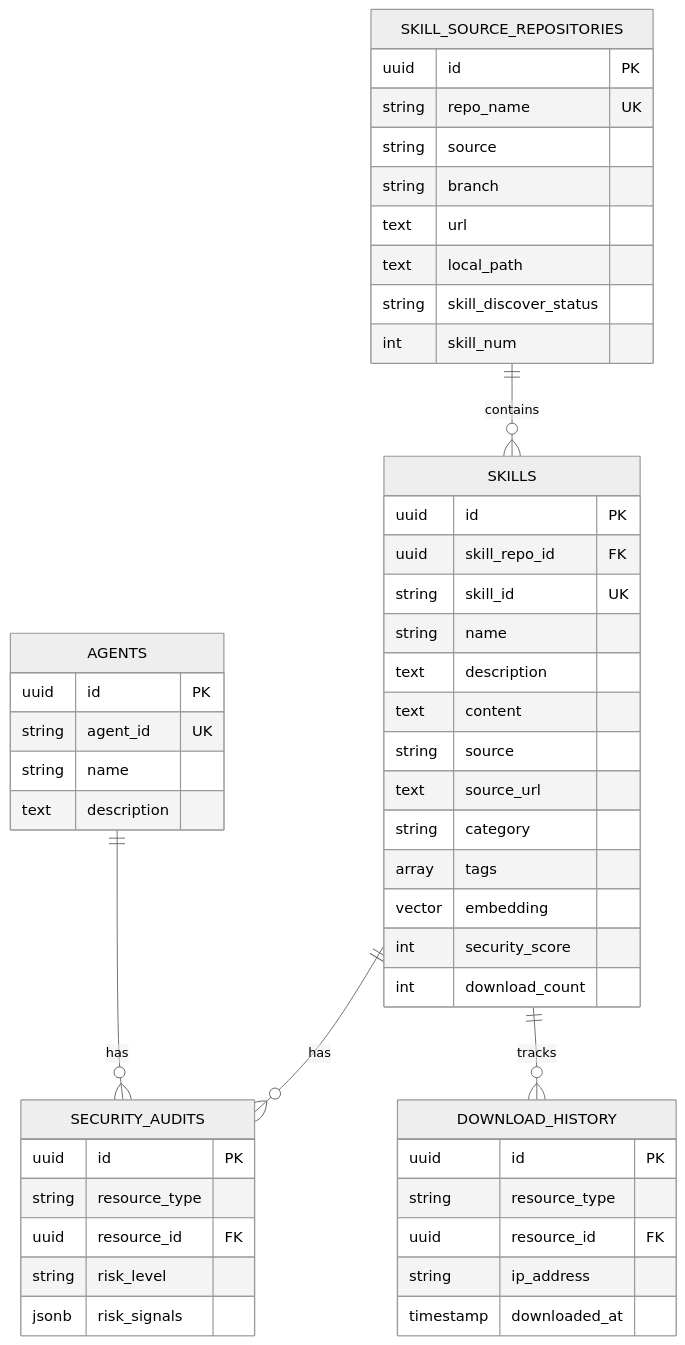
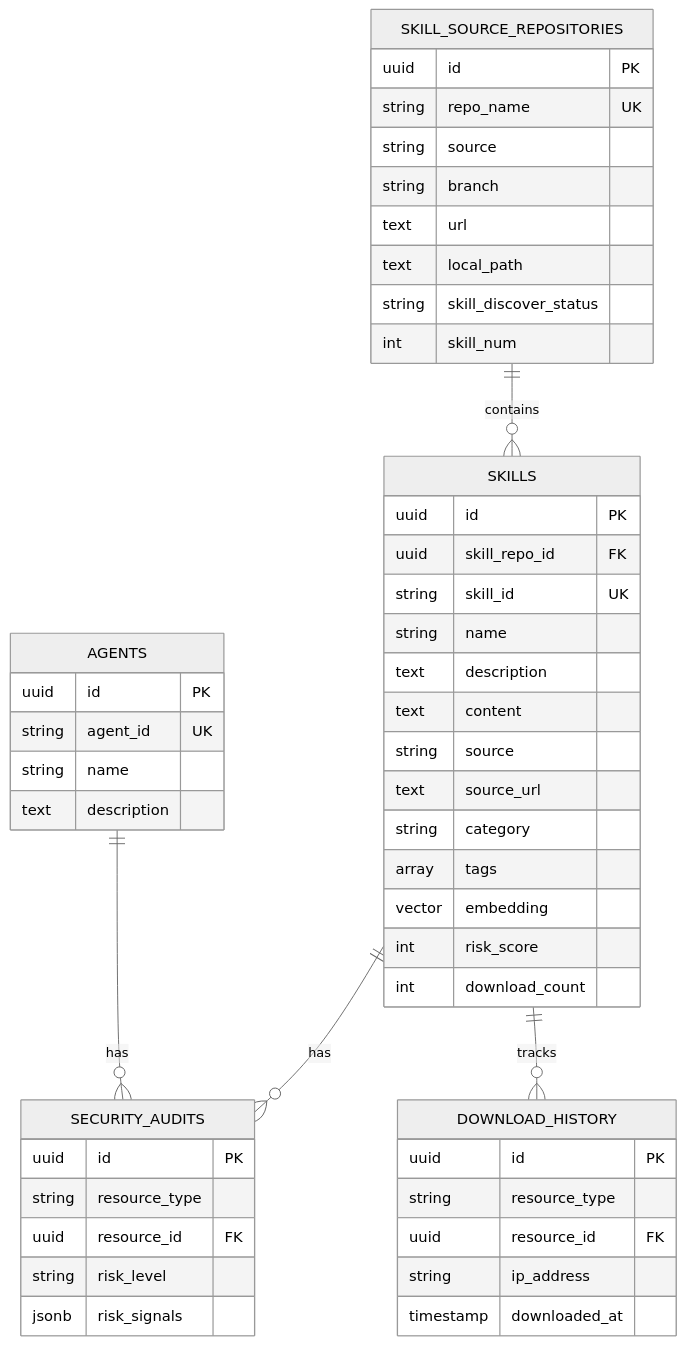
One commit to openeuler-mirror/wittyhub changed the third of 9 diagrams in doc/design/wittyhub-implementation-plan.md. Above: the diagram before and after it, drawn with Mermaid (neutral theme). The commit also changed other lines of this file and 1 other file, not shown here.

Commit message:
docs(design): 将 security_score 字段重命名为 risk_score

````diff
--- a/doc/design/wittyhub-implementation-plan.md
+++ b/doc/design/wittyhub-implementation-plan.md
@@ -175,57 +175,57 @@
 ```mermaid
 erDiagram
     SKILL_SOURCE_REPOSITORIES ||--o{ SKILLS : contains
     SKILLS ||--o{ SECURITY_AUDITS : has
     SKILLS ||--o{ DOWNLOAD_HISTORY : tracks
     AGENTS ||--o{ SECURITY_AUDITS : has
 
     SKILL_SOURCE_REPOSITORIES {
         uuid id PK
         string repo_name UK
         string source
         string branch
         text url
         text local_path
         string skill_discover_status
         int skill_num
     }
 
     SKILLS {
         uuid id PK
         uuid skill_repo_id FK
         string skill_id UK
         string name
         text description
         text content
         string source
         text source_url
         string category
         array tags
         vector embedding
-        int security_score
+        int risk_score
         int download_count
     }
 
     AGENTS {
         uuid id PK
         string agent_id UK
         string name
         text description
     }
 
     SECURITY_AUDITS {
         uuid id PK
         string resource_type
         uuid resource_id FK
         string risk_level
         jsonb risk_signals
     }
 
     DOWNLOAD_HISTORY {
         uuid id PK
         string resource_type
         uuid resource_id FK
         string ip_address
         timestamp downloaded_at
     }
 ```
````
